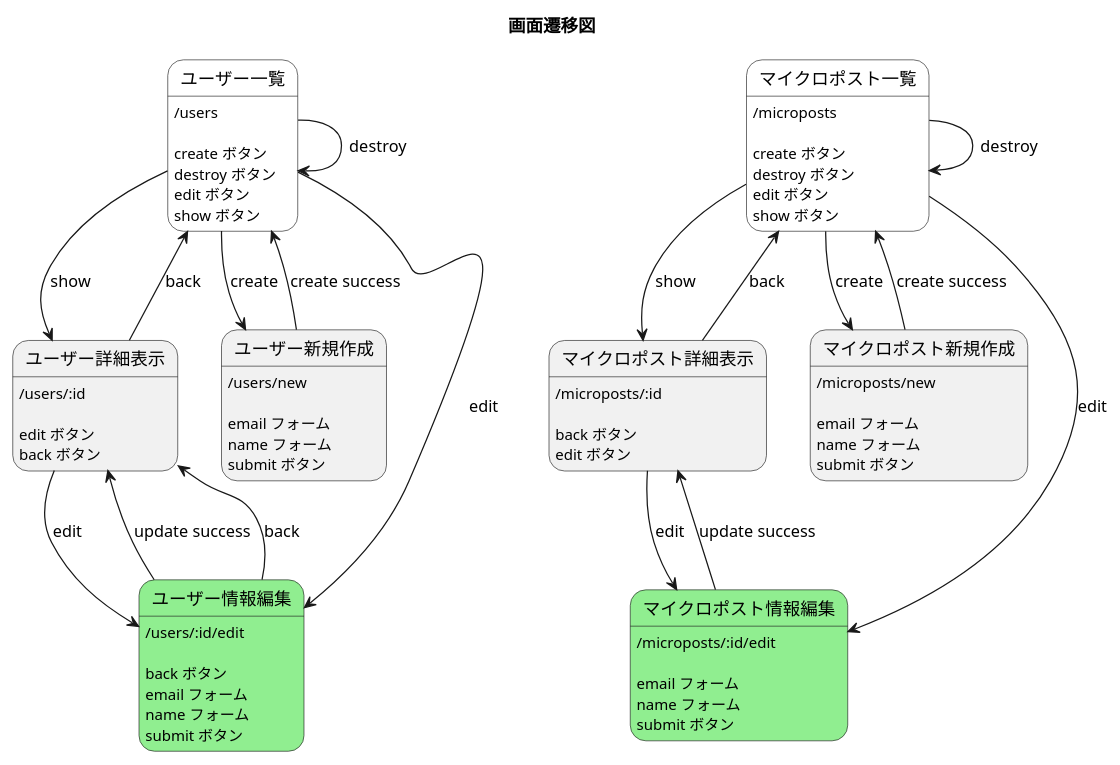
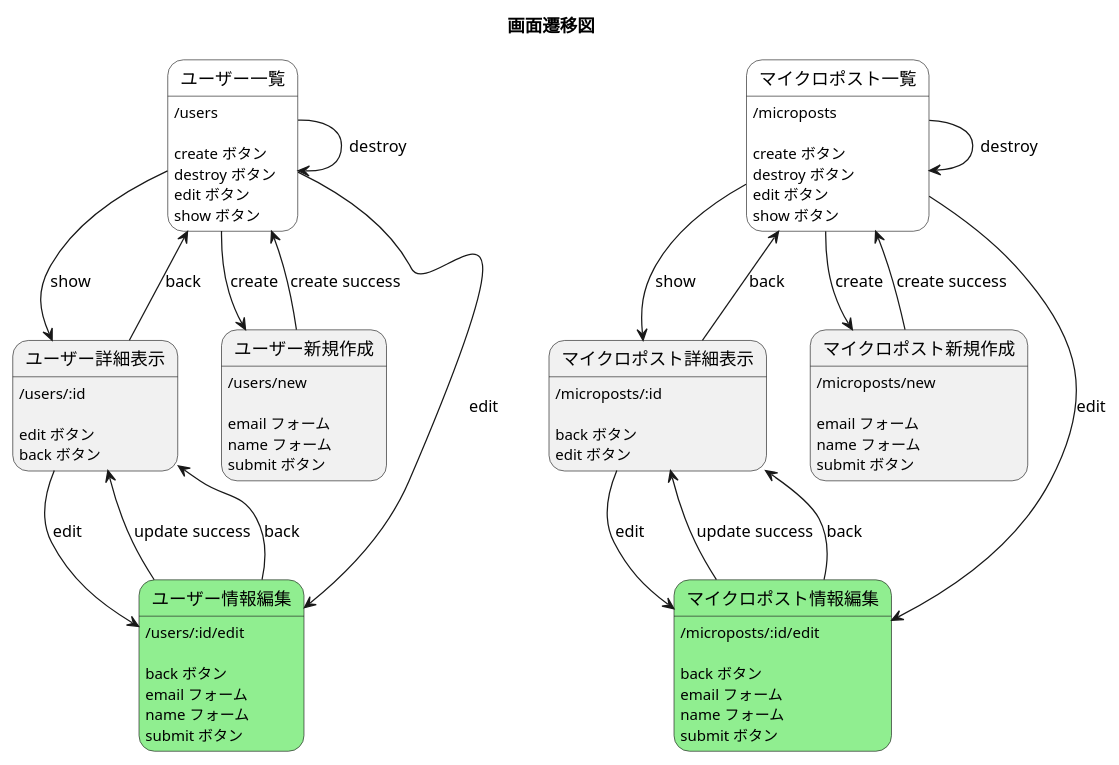
One commit to su3aki/KKmemoApp changed the diagram in docs/ToyAppモデル関係図/ToyAppページ遷移と構成内容.md. Above: the diagram before and after it, drawn with PlantUML. The commit also changed 1 other file, not shown here.

Commit message:
Add ER図 refine画面遷移図

```diff
--- a/docs/ToyAppモデル関係図/ToyAppページ遷移と構成内容.md
+++ b/docs/ToyAppモデル関係図/ToyAppページ遷移と構成内容.md
@@ -71,9 +71,11 @@
 state マイクロポスト情報編集#lightgreen
 マイクロポスト情報編集: /microposts/:id/edit
 マイクロポスト情報編集:
+マイクロポスト情報編集:back ボタン
 マイクロポスト情報編集:email フォーム
 マイクロポスト情報編集:name フォーム
 マイクロポスト情報編集:submit ボタン
+
 
 マイクロポスト一覧-->マイクロポスト一覧: destroy
 マイクロポスト一覧-->マイクロポスト新規作成: create
@@ -84,6 +86,7 @@
 マイクロポスト詳細表示-->マイクロポスト一覧: back
 
 マイクロポスト情報編集-->マイクロポスト詳細表示: update success
+マイクロポスト情報編集-->マイクロポスト詳細表示: back
 
 マイクロポスト新規作成-->マイクロポスト一覧: create success
 
```
